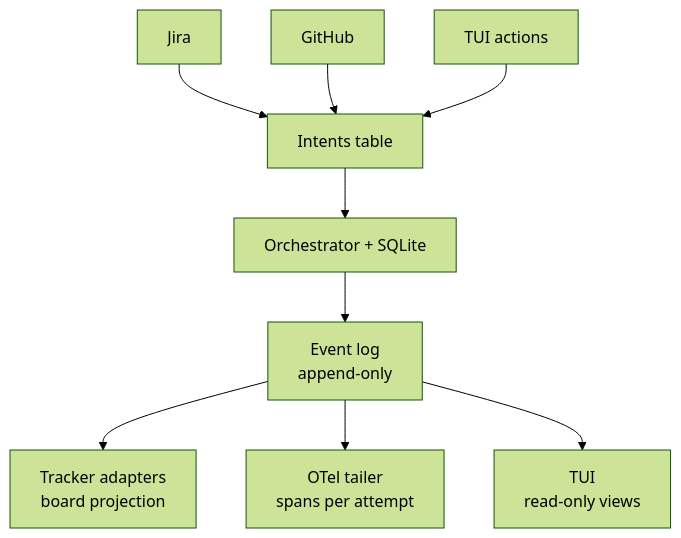
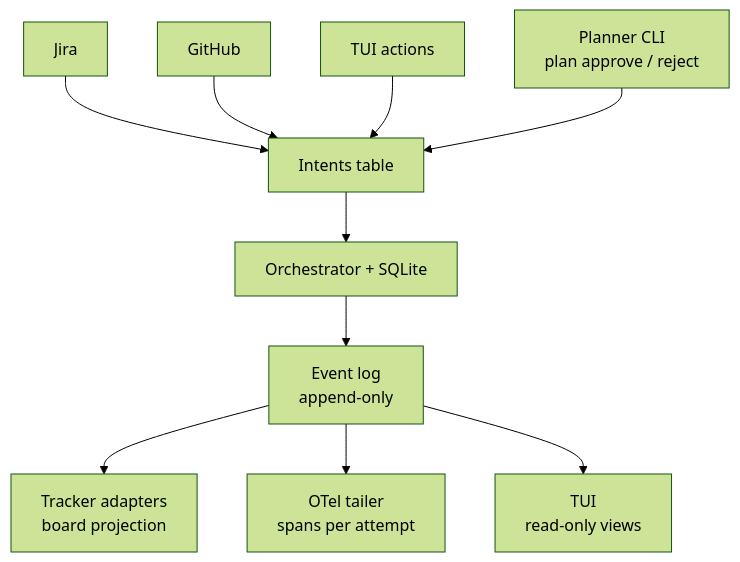
The second of 5 diagrams in docs/architecture.md (u-ways/ticketflow), drawn with Mermaid (forest theme) before and after one commit. The commit also changed other lines of this file and 61 other files, not shown here.

````diff
--- a/docs/architecture.md
+++ b/docs/architecture.md
@@ -142,11 +152,12 @@
 ```mermaid
 flowchart TD
     J[Jira] --> INT[Intents table]
     G[GitHub] --> INT
     T[TUI actions] --> INT
+    PC[Planner CLI<br/>plan approve / reject] --> INT
     INT --> CORE[Orchestrator + SQLite]
     CORE --> LOG[Event log<br/>append-only]
     LOG --> TA[Tracker adapters<br/>board projection]
     LOG --> OT[OTel tailer<br/>spans per attempt]
     LOG --> TUI[TUI<br/>read-only views]
 ```
````
